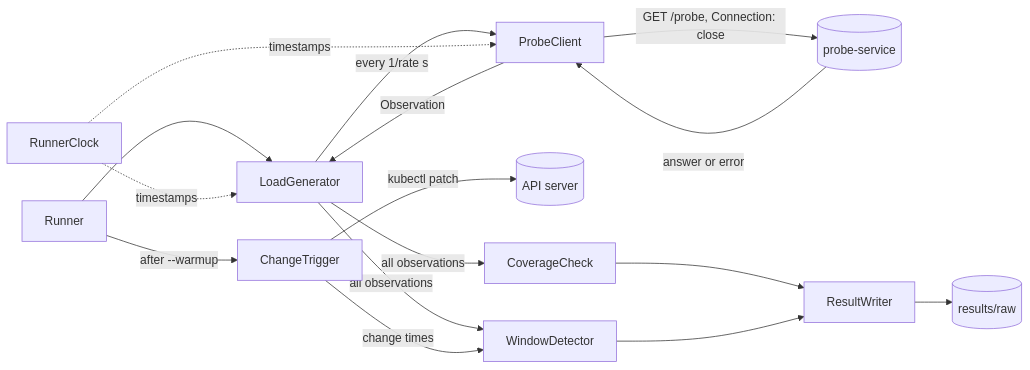
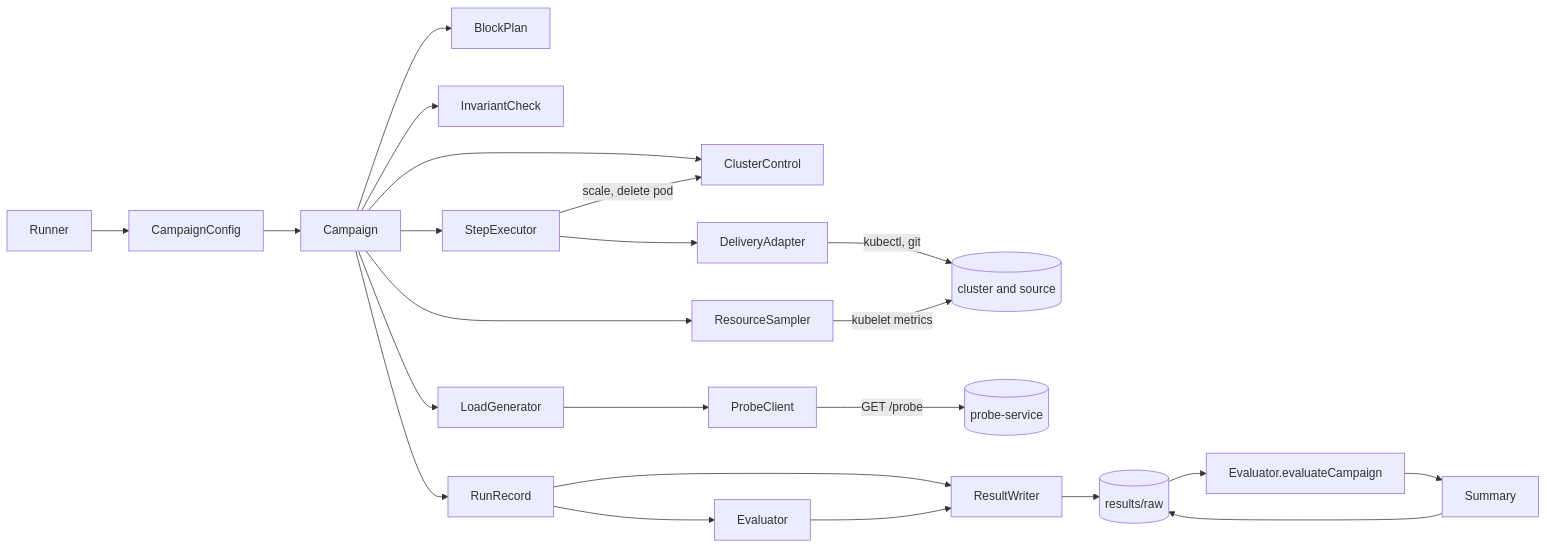
Before and after one commit to AimenFH/config-delivery-thesis: the diagram in document/runner.md, drawn with Mermaid. The commit also changed other lines of this file and 43 other files, not shown here.

````diff
--- a/document/runner.md
+++ b/document/runner.md
@@ -311,18 +565,25 @@
 ```mermaid
 flowchart LR
-    R[Runner] --> LG[LoadGenerator]
-    LG -- "every 1/rate s" --> PC[ProbeClient]
-    PC -- "GET /probe, Connection: close" --> S[(probe-service)]
-    S -- answer or error --> PC
-    PC -- Observation --> LG
-    R -- "after --warmup" --> CT[ChangeTrigger]
-    CT -- "kubectl patch" --> K[(API server)]
-    LG -- all observations --> CC[CoverageCheck]
-    LG -- all observations --> WD[WindowDetector]
-    CT -- change times --> WD
-    CC --> RW[ResultWriter]
-    WD --> RW
+    R[Runner] --> CC[CampaignConfig]
+    CC --> C[Campaign]
+    C --> BP[BlockPlan]
+    C --> CL[ClusterControl]
+    C --> IC[InvariantCheck]
+    C --> SE[StepExecutor]
+    SE --> DA[DeliveryAdapter]
+    DA -- "kubectl, git" --> K[(cluster and source)]
+    SE -- "scale, delete pod" --> CL
+    C --> LG[LoadGenerator]
+    LG --> PC[ProbeClient]
+    PC -- "GET /probe" --> S[(probe-service)]
+    C --> RS[ResourceSampler]
+    RS -- "kubelet metrics" --> K
+    C --> RR[RunRecord]
+    RR --> E[Evaluator]
+    RR --> RW[ResultWriter]
+    E --> RW
     RW --> F[(results/raw)]
-    C[RunnerClock] -. timestamps .-> LG
-    C -. timestamps .-> PC
+    F --> E2[Evaluator.evaluateCampaign]
+    E2 --> SU[Summary]
+    SU --> F
 ```
````
